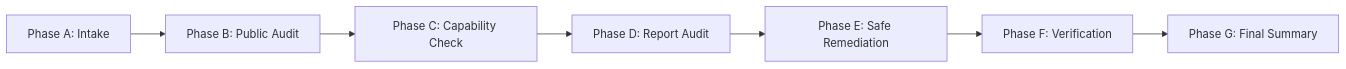
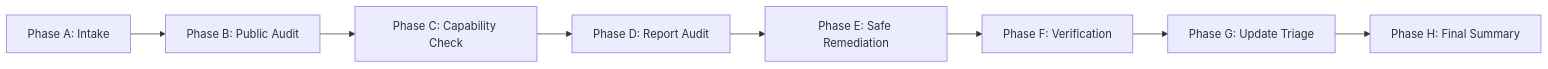
Before and after one commit to tmolavi/siteprobe: the diagram in skills/siteprobe/SKILL.md, drawn with Mermaid. The commit also changed other lines of this file, not shown here.

Commit message:
docs(skill): update SiteProbe skill to v0.2.0 with update triage and notification requirement

````diff
--- a/skills/siteprobe/SKILL.md
+++ b/skills/siteprobe/SKILL.md
@@ -46,9 +59,10 @@
 ```mermaid
 flowchart LR
     A["Phase A: Intake"] --> B["Phase B: Public Audit"]
     B --> C["Phase C: Capability Check"]
     C --> D["Phase D: Report Audit"]
     D --> E["Phase E: Safe Remediation"]
     E --> F["Phase F: Verification"]
-    F --> G["Phase G: Final Summary"]
+    F --> G["Phase G: Update Triage"]
+    G --> H["Phase H: Final Summary"]
 ```
````
